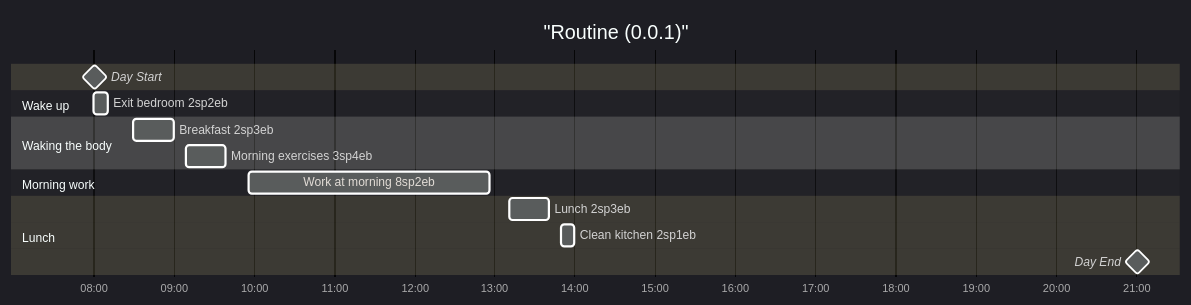
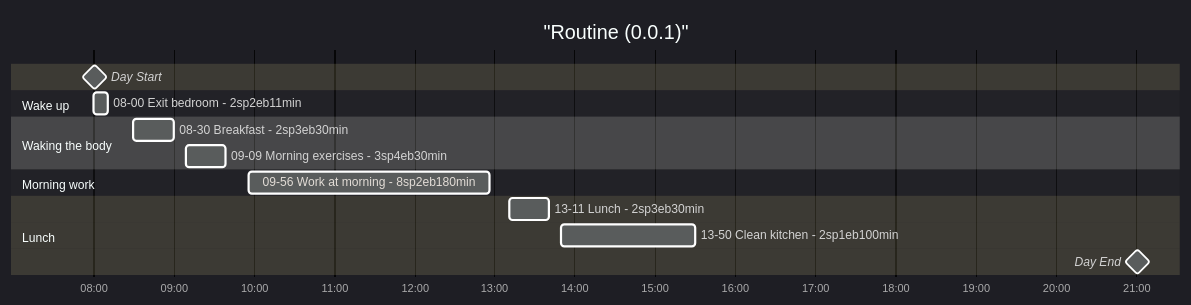
The diagram in readme.org (thisago/routineParser), drawn with Mermaid before and after one commit. The commit also changed other lines of this file and 1 other file, not shown here.

```diff
--- a/readme.org
+++ b/readme.org
@@ -97,25 +105,25 @@
 #+begin_src mermaid :file example.svg
 %%{init: { 'theme': 'dark' } }%%
 gantt
   title "Routine (0.0.1)"
   dateFormat HH:mm
   axisFormat %H:%M
 
   Day Start : milestone, m1, 08:00, 2m
 
   section Wake up
-  Exit bedroom 2sp2eb : 08:00, 11m
+  08-00 Exit bedroom - 2sp2eb11min : 08:00, 11m
 
   section Waking the body
-  Breakfast 2sp3eb : 08:30, 30m
-  Morning exercises 3sp4eb : 09:09, 30m
+  08-30 Breakfast - 2sp3eb30min : 08:30, 30m
+  09-09 Morning exercises - 3sp4eb30min : 09:09, 30m
 
   section Morning work
-  Work at morning 8sp2eb : 09:56, 180m
+  09-56 Work at morning - 8sp2eb180min : 09:56, 180m
 
   section Lunch
-  Lunch 2sp3eb : 13:11, 30m
-  Clean kitchen 2sp1eb : 13:50, 10m
+  13-11 Lunch - 2sp3eb30min : 13:11, 30m
+  13-50 Clean kitchen - 2sp1eb100min : 13:50, 100m
 
   Day End : milestone, m2, 21:00, 2m
 #+end_src
```
